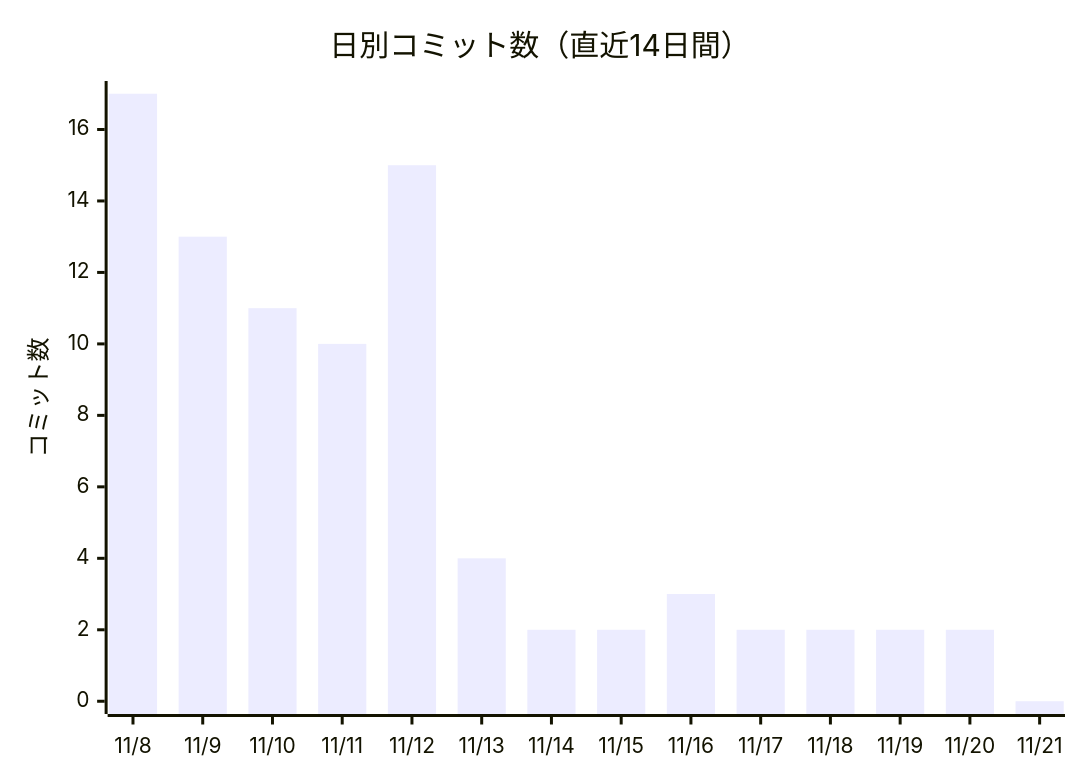
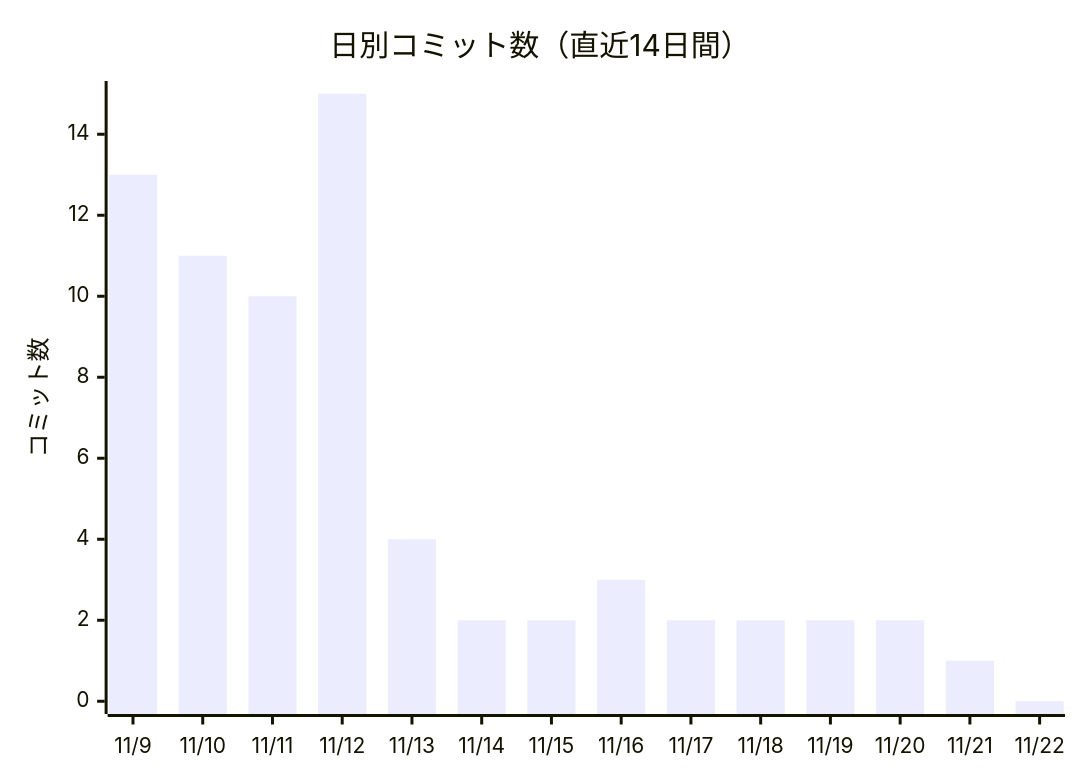
One commit to non-x2/non-x2 changed the first of 2 diagrams in docs/進化レポート.md. Above: the diagram before and after it, drawn with Mermaid. The commit also changed other lines of this file and 1 other file, not shown here.

````diff
--- a/docs/進化レポート.md
+++ b/docs/進化レポート.md
@@ -25,7 +25,7 @@
 ```mermaid
 xychart-beta
     title "日別コミット数（直近14日間）"
-    x-axis ["11/8", "11/9", "11/10", "11/11", "11/12", "11/13", "11/14", "11/15", "11/16", "11/17", "11/18", "11/19", "11/20", "11/21"]
+    x-axis ["11/9", "11/10", "11/11", "11/12", "11/13", "11/14", "11/15", "11/16", "11/17", "11/18", "11/19", "11/20", "11/21", "11/22"]
     y-axis "コミット数"
-    bar [17, 13, 11, 10, 15, 4, 2, 2, 3, 2, 2, 2, 2, 0]
+    bar [13, 11, 10, 15, 4, 2, 2, 3, 2, 2, 2, 2, 1, 0]
 ```
````
